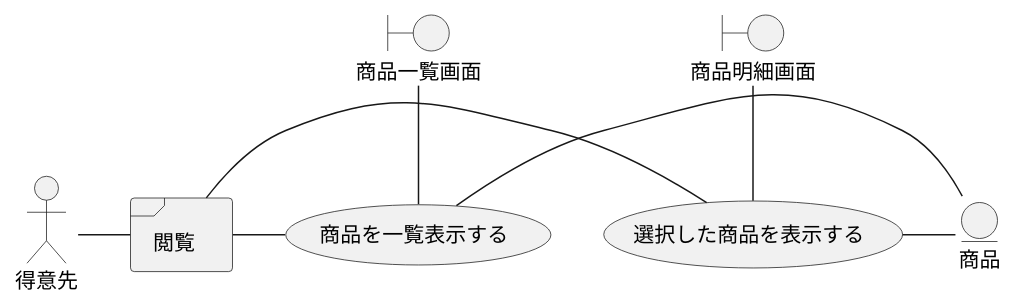
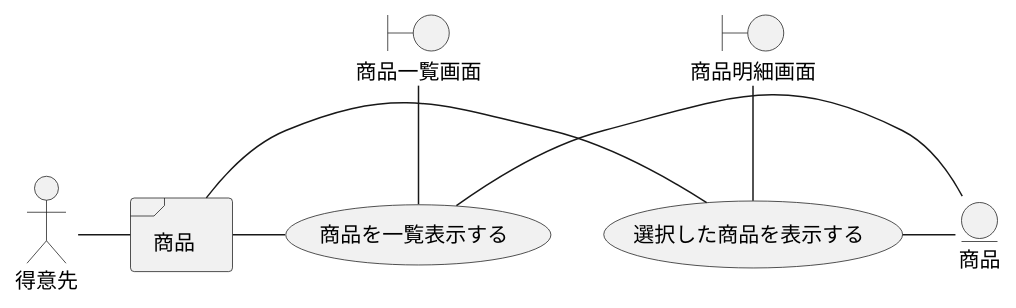
Diagram 22 of 47 in docs/index.adoc (k2works/application_programing_excercise_2022), drawn with PlantUML before and after one commit. The commit also changed other lines of this file, not shown here.

```diff
--- a/docs/index.adoc
+++ b/docs/index.adoc
@@ -746,20 +746,20 @@
 [plantuml]
 ----
 @startuml
 actor "得意先" as ac_01
-frame "閲覧" as f01
+frame "商品" as f01
 usecase "商品を一覧表示する" as UC1
 usecase "選択した商品を表示する" as UC2
 boundary "商品一覧画面" as b01
 boundary "商品明細画面" as b02
 entity "商品" as e01
 
 ac_01 - f01
 f01 - UC1
 f01 - UC2
 b01 -- UC1
 b02 -- UC2
 UC1 - e01
 UC2 - e01
 @enduml
 ----
```
